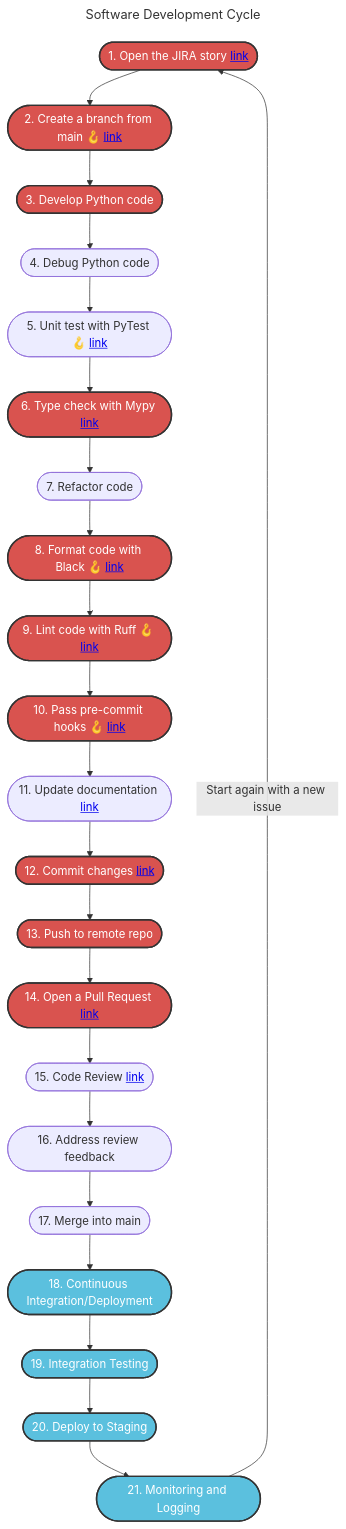
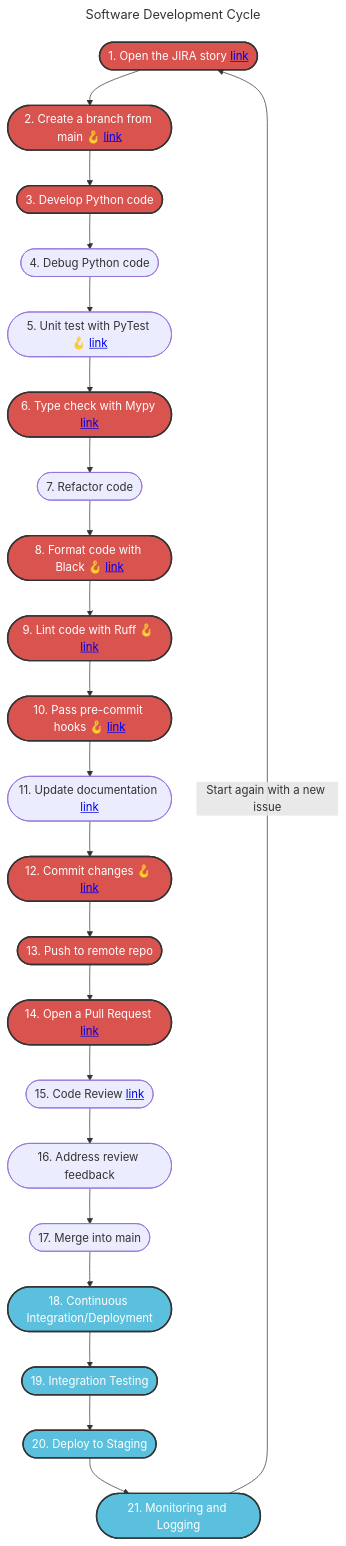
The diagram in docs/getting-started/software-development-lifecycle.md (markeyser/cookiecutter-collabora), drawn with Mermaid before and after one commit.

Commit message:
forgot hook on life cycle of softwre developen

````diff
--- a/docs/getting-started/software-development-lifecycle.md
+++ b/docs/getting-started/software-development-lifecycle.md
@@ -9,32 +9,32 @@
 ```mermaid
 ---
 title: Software Development Cycle
 ---
 flowchart TB
   A([1. Open the JIRA story <a href='https://markeyser.github.io/cookiecutter-collabora/how-to-guides/jira-story-best-practices/?h=jira'>link</a>]) --> B([2. Create a branch from main 🪝 <a href='https://markeyser.github.io/cookiecutter-collabora/how-to-guides/git-branch-naming-standards/'>link</a>])
   B --> C([3. Develop Python code])
   C --> D([4. Debug Python code])
   D --> E([5. Unit test with PyTest 🪝 <a href='https://markeyser.github.io/cookiecutter-collabora/how-to-guides/introduction-to-doctest/?h=test'>link</a>])
   E --> F([6. Type check with Mypy <a href='https://markeyser.github.io/cookiecutter-collabora/how-to-guides/type-checking-mypy/?h=type+che'>link</a>])
   F --> G([7. Refactor code])
   G --> H([8. Format code with Black 🪝 <a href='https://markeyser.github.io/cookiecutter-collabora/tutorials/black-formatter/?h=black'>link</a>])
   H --> I([9. Lint code with Ruff 🪝 <a href='https://markeyser.github.io/cookiecutter-collabora/tutorials/ruff-linter/?h=lint'>link</a>])
   I --> J([10. Pass pre-commit hooks 🪝 <a href='https://markeyser.github.io/cookiecutter-collabora/how-to-guides/pre-commit-hooks-guide/'>link</a>])
   J --> K([11. Update documentation <a href='https://markeyser.github.io/cookiecutter-collabora/tutorials/mkdocs-docs/?h=mkd'>link</a>])
-  K --> L([12. Commit changes <a href='https://markeyser.github.io/cookiecutter-collabora/how-to-guides/commit-message-standards-ml/?h=commit'>link</a>])
+  K --> L([12. Commit changes 🪝 <a href='https://markeyser.github.io/cookiecutter-collabora/how-to-guides/commit-message-standards-ml/?h=commit'>link</a>])
   L --> M([13. Push to remote repo])
   M --> N([14. Open a Pull Request <a href='https://markeyser.github.io/cookiecutter-collabora/how-to-guides/templates/?h=pull'>link</a>])
   N --> O([15. Code Review <a href='https://markeyser.github.io/cookiecutter-collabora/how-to-guides/code-review-best-practices/?h=review'>link</a>])
   O --> P([16. Address review feedback])
   P --> Q([17. Merge into main])
   Q --> R([18. Continuous Integration/Deployment])
   R --> S([19. Integration Testing])
   S --> T([20. Deploy to Staging])
   T --> U([21. Monitoring and Logging])
   U --> |Start again with a new issue|A
 
   classDef highlighted fill:#d9534f,stroke:#333,stroke-width:2px,color:#fff;
   classDef blue fill:#5bc0de,stroke:#333,stroke-width:2px,color:#fff;
   class A,B,C,F,H,I,J,L,M,N highlighted;
   class R,S,T,U blue;
 ```
````
